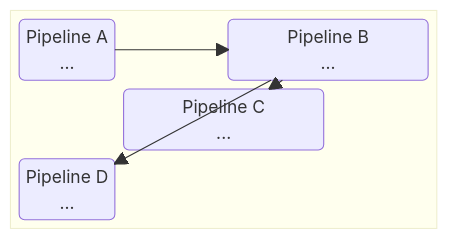
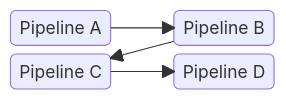
One commit to VirtualMetric/virtualmetric-docs changed diagram 12 of 12 in docs/administration/pipelines/quick-start.mdx. Above: the diagram before and after it, drawn with Mermaid. The commit also changed other lines of this file and 3 other files, not shown here.

````diff
--- a/docs/administration/pipelines/quick-start.mdx
+++ b/docs/administration/pipelines/quick-start.mdx
@@ -121,16 +203,13 @@
   ```mermaid
   block-beta
-    block
-      columns 4
-        A("Pipeline A\n..."):1
-        space
-        B("Pipeline B\n..."):2
-        space
-        C("Pipeline C\n..."):2
-        space
-        D("Pipeline D\n..."):1
-    end
+    columns 5
+    A("Pipeline A"):2
+    space
+    B("Pipeline B"):2
+    C("Pipeline C"):2
+    space
+    D("Pipeline D"):2
     A --> B
     B --> C
-    B --> D
+    C --> D
   ```
````
